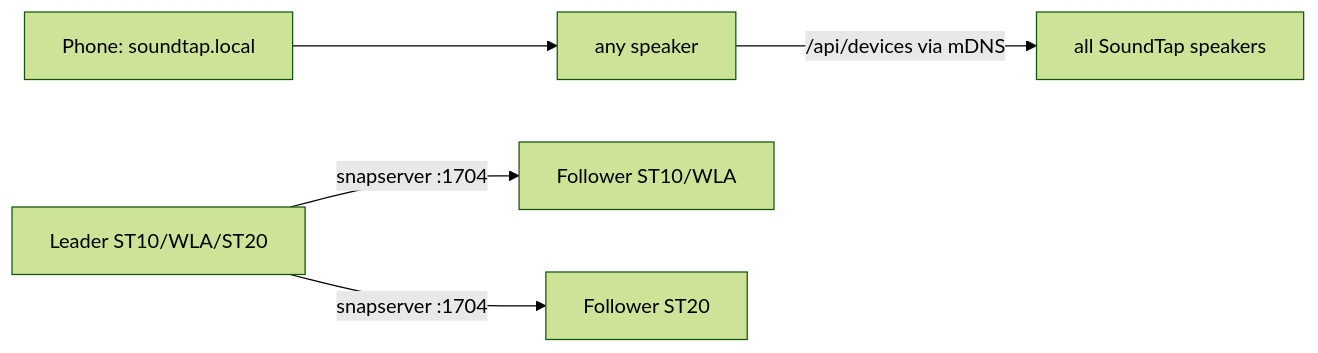
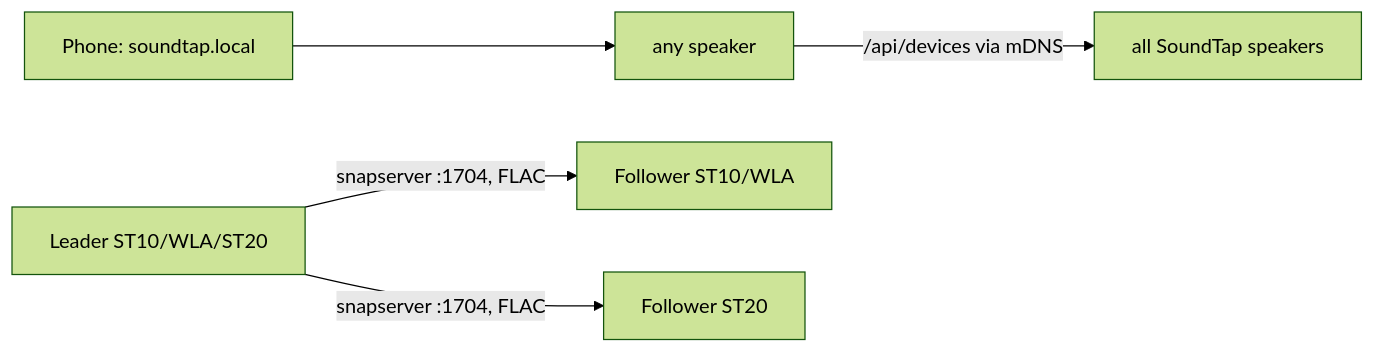
The seventh of 9 diagrams in docs/contributors/design.md (stein155/soundtap), drawn with Mermaid (forest theme) before and after one commit. The commit also changed other lines of this file and 174 other files, not shown here.

````diff
--- a/docs/contributors/design.md
+++ b/docs/contributors/design.md
@@ -332,7 +357,7 @@
 ```mermaid
 flowchart LR
   P[Phone: soundtap.local] --> any[any speaker]
   any -->|/api/devices via mDNS| list[all SoundTap speakers]
-  L[Leader ST10/WLA/ST20] -- snapserver :1704 --> F1[Follower ST10/WLA]
-  L -- snapserver :1704 --> F2[Follower ST20]
+  L[Leader ST10/WLA/ST20] -- snapserver :1704, FLAC --> F1[Follower ST10/WLA]
+  L -- snapserver :1704, FLAC --> F2[Follower ST20]
 ```
````
